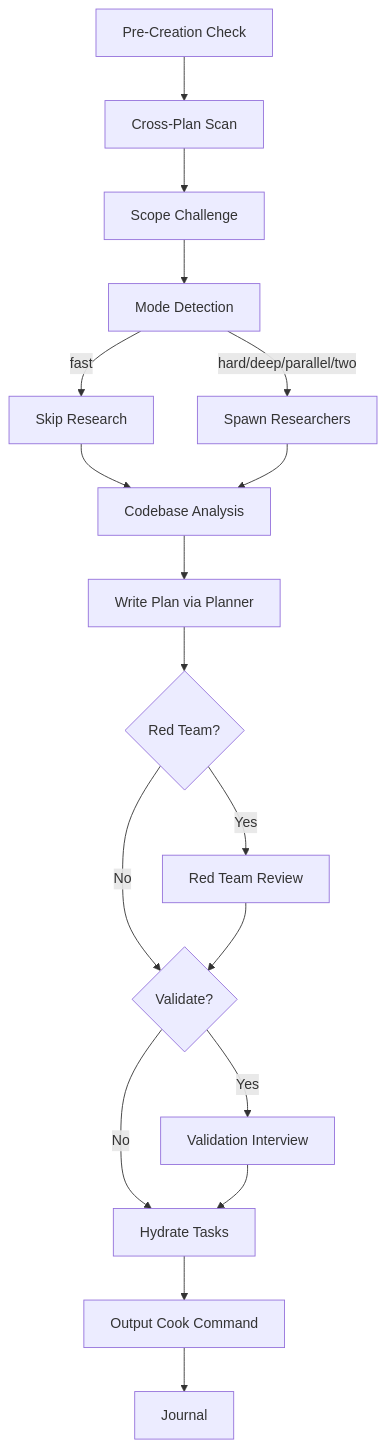
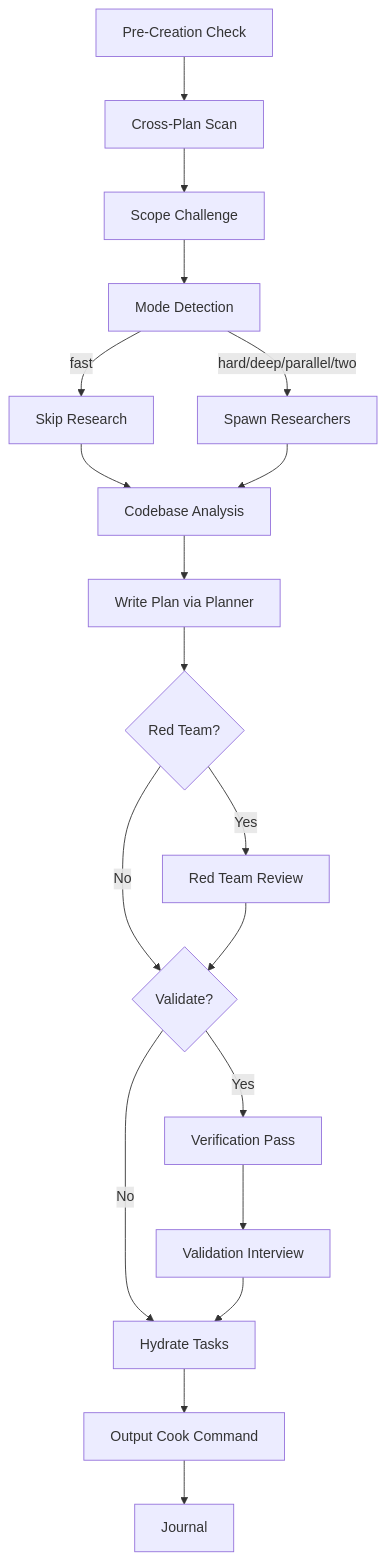
Before and after one commit to duy-tung/claudekit-engineer-codex: the diagram in claude/skills/ck-plan/SKILL.md, drawn with Mermaid. The commit also changed 6 other files, not shown here.

````diff
--- a/claude/skills/ck-plan/SKILL.md
+++ b/claude/skills/ck-plan/SKILL.md
@@ -166,20 +166,21 @@
 ```mermaid
 flowchart TD
     A[Pre-Creation Check] --> B[Cross-Plan Scan]
     B --> C[Scope Challenge]
     C --> D[Mode Detection]
     D -->|fast| E[Skip Research]
     D -->|hard/deep/parallel/two| F[Spawn Researchers]
     E --> G[Codebase Analysis]
     F --> G
     G --> H[Write Plan via Planner]
     H --> I{Red Team?}
     I -->|Yes| J[Red Team Review]
     I -->|No| K{Validate?}
     J --> K
-    K -->|Yes| L[Validation Interview]
+    K -->|Yes| V[Verification Pass]
     K -->|No| M[Hydrate Tasks]
+    V --> L[Validation Interview]
     L --> M
     M --> N[Output Cook Command]
     N --> O[Journal]
 ```
````
